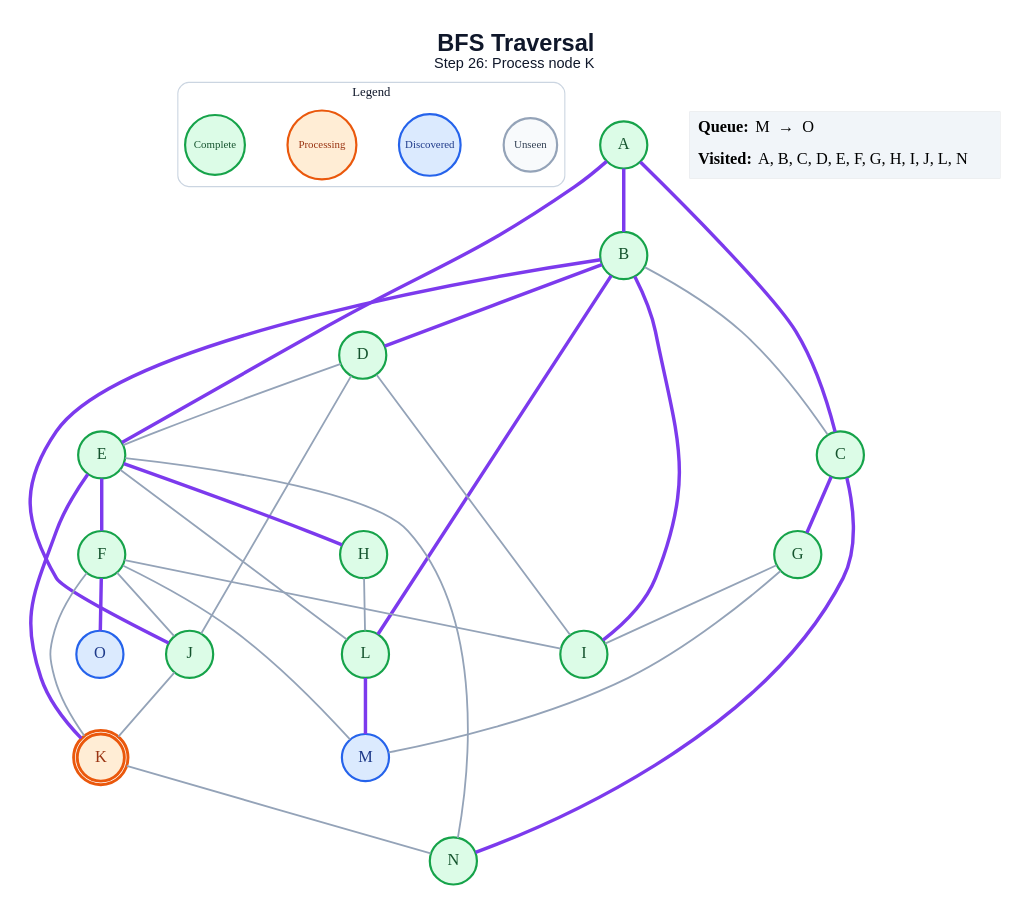
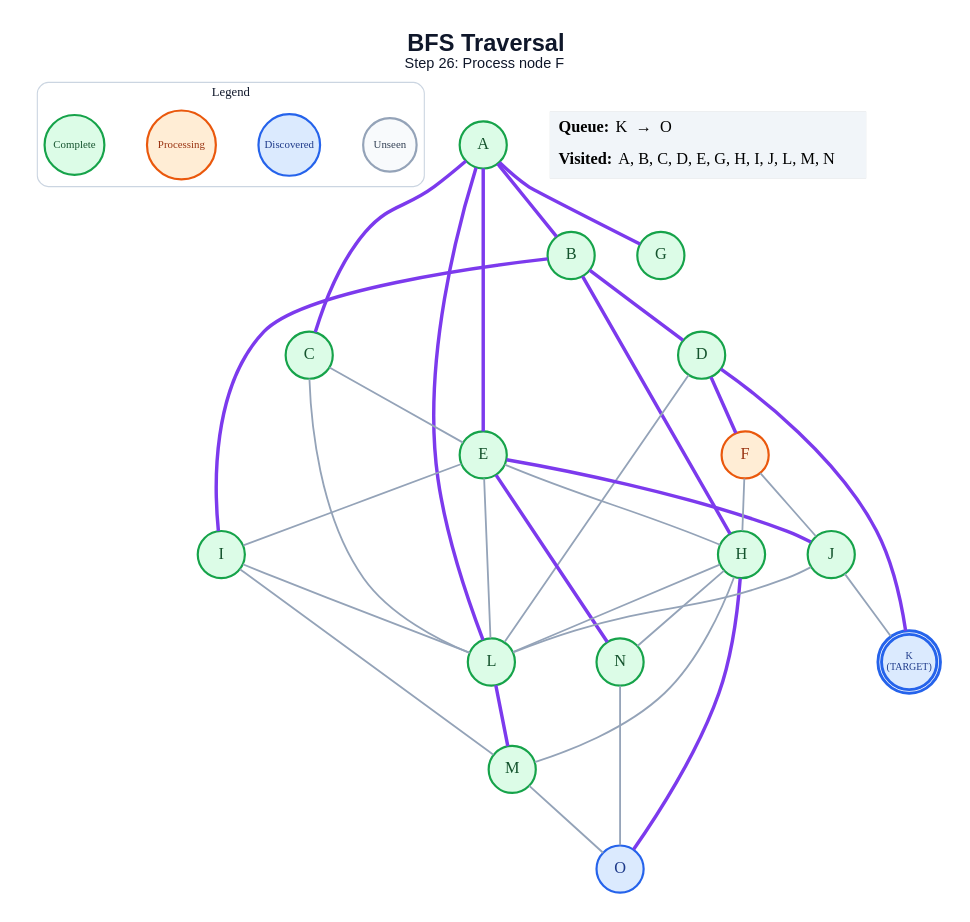
Before and after one commit to anon7238593-create/ai-slop: the diagram in generated/bfs/step_26.dot, drawn with Graphviz. The commit also changed 243 other files, not shown here.

```diff
--- a/generated/bfs/step_26.dot
+++ b/generated/bfs/step_26.dot
@@ -1,63 +1,65 @@
 graph traversal {
   graph [layout=dot, rankdir=TB, bgcolor="#FFFFFF", pad="0.35", nodesep="0.65", ranksep="0.8", fontname="Arial"];
   node [shape=circle, style="filled", fontname="Arial Bold", fontsize=18, width=0.72, fixedsize=true, penwidth=2.4];
   edge [color="#94A3B8", penwidth=2.0];
-  label=<<B>BFS Traversal</B><BR/><FONT POINT-SIZE="16">Step 26: Process node K</FONT>>; labelloc="t"; fontsize=26; fontname="Arial"; fontcolor="#0F172A";
+  label=<<B>BFS Traversal</B><BR/><FONT POINT-SIZE="16">Step 26: Process node F</FONT>>; labelloc="t"; fontsize=26; fontname="Arial"; fontcolor="#0F172A";
   subgraph cluster_legend { label="Legend"; color="#CBD5E1"; penwidth=1.2; style="rounded"; fontsize=14; fontname="Arial Bold";
     key_unseen [label="Unseen", fillcolor="#F8FAFC", color="#94A3B8", fontcolor="#334155", fontsize=12, width=0.82];
     key_frontier [label="Discovered", fillcolor="#DBEAFE", color="#2563EB", fontcolor="#1E3A8A", fontsize=12, width=0.95];
     key_current [label="Processing", fillcolor="#FFEDD5", color="#EA580C", fontcolor="#9A3412", fontsize=12, width=1.05];
     key_done [label="Complete", fillcolor="#DCFCE7", color="#16A34A", fontcolor="#14532D", fontsize=12, width=0.92];
     { rank=same; key_unseen; key_frontier; key_current; key_done; }
   }
   A [label="A", fillcolor="#DCFCE7", color="#16A34A", fontcolor="#14532D", peripheries=1, penwidth=2.4];
   B [label="B", fillcolor="#DCFCE7", color="#16A34A", fontcolor="#14532D", peripheries=1, penwidth=2.4];
   C [label="C", fillcolor="#DCFCE7", color="#16A34A", fontcolor="#14532D", peripheries=1, penwidth=2.4];
   D [label="D", fillcolor="#DCFCE7", color="#16A34A", fontcolor="#14532D", peripheries=1, penwidth=2.4];
   E [label="E", fillcolor="#DCFCE7", color="#16A34A", fontcolor="#14532D", peripheries=1, penwidth=2.4];
-  F [label="F", fillcolor="#DCFCE7", color="#16A34A", fontcolor="#14532D", peripheries=1, penwidth=2.4];
+  F [label="F", fillcolor="#FFEDD5", color="#EA580C", fontcolor="#9A3412", peripheries=1, penwidth=2.4];
   G [label="G", fillcolor="#DCFCE7", color="#16A34A", fontcolor="#14532D", peripheries=1, penwidth=2.4];
   H [label="H", fillcolor="#DCFCE7", color="#16A34A", fontcolor="#14532D", peripheries=1, penwidth=2.4];
   I [label="I", fillcolor="#DCFCE7", color="#16A34A", fontcolor="#14532D", peripheries=1, penwidth=2.4];
   J [label="J", fillcolor="#DCFCE7", color="#16A34A", fontcolor="#14532D", peripheries=1, penwidth=2.4];
-  K [label="K", fillcolor="#FFEDD5", color="#EA580C", fontcolor="#9A3412", peripheries=2, penwidth=3.2];
+  K [label="K\n(TARGET)", fillcolor="#DBEAFE", color="#2563EB", fontcolor="#1E3A8A", peripheries=2, penwidth=3.2, fontsize=11, width=0.85, height=0.85];
   L [label="L", fillcolor="#DCFCE7", color="#16A34A", fontcolor="#14532D", peripheries=1, penwidth=2.4];
-  M [label="M", fillcolor="#DBEAFE", color="#2563EB", fontcolor="#1E3A8A", peripheries=1, penwidth=2.4];
+  M [label="M", fillcolor="#DCFCE7", color="#16A34A", fontcolor="#14532D", peripheries=1, penwidth=2.4];
   N [label="N", fillcolor="#DCFCE7", color="#16A34A", fontcolor="#14532D", peripheries=1, penwidth=2.4];
   O [label="O", fillcolor="#DBEAFE", color="#2563EB", fontcolor="#1E3A8A", peripheries=1, penwidth=2.4];
   A -- B [color="#7C3AED", penwidth=3.8];
   A -- C [color="#7C3AED", penwidth=3.8];
   A -- E [color="#7C3AED", penwidth=3.8];
-  B -- C;
+  A -- G [color="#7C3AED", penwidth=3.8];
+  A -- L [color="#7C3AED", penwidth=3.8];
   B -- D [color="#7C3AED", penwidth=3.8];
+  B -- H [color="#7C3AED", penwidth=3.8];
   B -- I [color="#7C3AED", penwidth=3.8];
-  B -- J [color="#7C3AED", penwidth=3.8];
-  B -- L [color="#7C3AED", penwidth=3.8];
-  C -- G [color="#7C3AED", penwidth=3.8];
-  C -- N [color="#7C3AED", penwidth=3.8];
-  D -- E;
-  D -- I;
-  D -- J;
-  E -- F [color="#7C3AED", penwidth=3.8];
-  E -- H [color="#7C3AED", penwidth=3.8];
-  E -- K [color="#7C3AED", penwidth=3.8];
+  C -- E;
+  C -- L;
+  D -- F [color="#7C3AED", penwidth=3.8];
+  D -- K [color="#7C3AED", penwidth=3.8];
+  D -- L;
+  E -- H;
+  E -- I;
+  E -- J [color="#7C3AED", penwidth=3.8];
   E -- L;
-  E -- N;
-  F -- I;
+  E -- N [color="#7C3AED", penwidth=3.8];
+  F -- H;
   F -- J;
-  F -- K;
-  F -- M;
-  F -- O [color="#7C3AED", penwidth=3.8];
-  G -- I;
-  G -- M;
   H -- L;
+  H -- M;
+  H -- N;
+  H -- O [color="#7C3AED", penwidth=3.8];
+  I -- L;
+  I -- M;
   J -- K;
-  K -- N;
+  J -- L;
   L -- M [color="#7C3AED", penwidth=3.8];
+  M -- O;
+  N -- O;
   status [shape=plain, fixedsize=false, width=0, height=0, margin=0, label=<
     <TABLE BORDER="0" CELLBORDER="0" CELLPADDING="7" BGCOLOR="#F1F5F9">
-      <TR><TD ALIGN="LEFT"><B>Queue:</B> M  →  O</TD></TR>
-      <TR><TD ALIGN="LEFT"><B>Visited:</B> A, B, C, D, E, F, G, H, I, J, L, N</TD></TR>
+      <TR><TD ALIGN="LEFT"><B>Queue:</B> K  →  O</TD></TR>
+      <TR><TD ALIGN="LEFT"><B>Visited:</B> A, B, C, D, E, G, H, I, J, L, M, N</TD></TR>
     </TABLE>
   >];
 }
```
